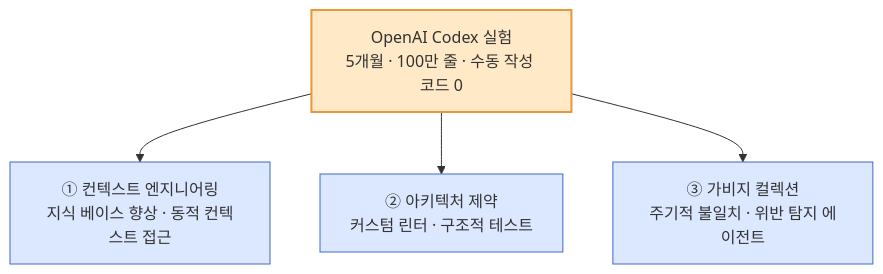
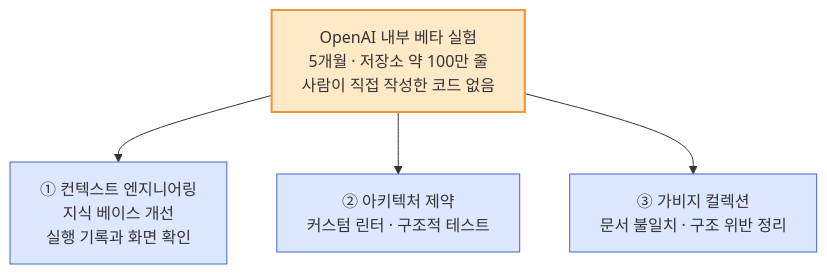
Before and after one commit to haandol/haandol.github.com: the seventh of 9 diagrams in _posts/2026-03-15-harness-engineering-beyond-context-engineering.md, drawn with Mermaid. The commit also changed other lines of this file and 36 other files, not shown here.

````diff
--- a/_posts/2026-03-15-harness-engineering-beyond-context-engineering.md
+++ b/_posts/2026-03-15-harness-engineering-beyond-context-engineering.md
@@ -283,11 +277,11 @@
 ```mermaid
 flowchart TB
-    OAI["OpenAI Codex 실험<br/>5개월 · 100만 줄 · 수동 작성 코드 0"]
-    OAI --> C1["① 컨텍스트 엔지니어링<br/>지식 베이스 향상 · 동적 컨텍스트 접근"]
+    OAI["OpenAI 내부 베타 실험<br/>5개월 · 저장소 약 100만 줄<br/>사람이 직접 작성한 코드 없음"]
+    OAI --> C1["① 컨텍스트 엔지니어링<br/>지식 베이스 개선<br/>실행 기록과 화면 확인"]
     OAI --> C2["② 아키텍처 제약<br/>커스텀 린터 · 구조적 테스트"]
-    OAI --> C3["③ 가비지 컬렉션<br/>주기적 불일치 · 위반 탐지 에이전트"]
+    OAI --> C3["③ 가비지 컬렉션<br/>문서 불일치 · 구조 위반 정리"]
     classDef root fill:#ffe9c7,stroke:#e8973a,stroke-width:2px;
     classDef comp fill:#dce8ff,stroke:#46c;
     class OAI root;
     class C1,C2,C3 comp;
 ```
````
